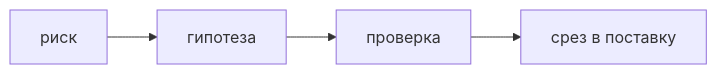
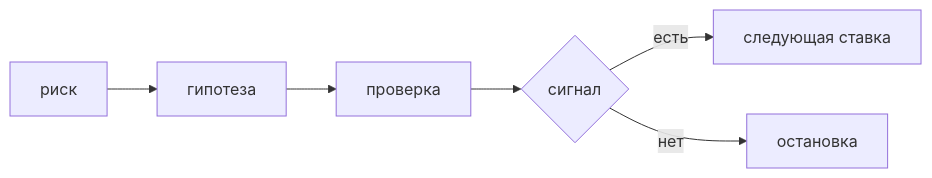
Before and after one commit to AlexanderNY/cursor_test: the diagram in nine-to-eighteen/ui/src/data/learn/product/pm13-discovery.md, drawn with Mermaid. The commit also changed other lines of this file and 40 other files, not shown here.

````diff
--- a/nine-to-eighteen/ui/src/data/learn/product/pm13-discovery.md
+++ b/nine-to-eighteen/ui/src/data/learn/product/pm13-discovery.md
@@ -52,6 +104,8 @@
 ```mermaid
 flowchart LR
   R[риск] --> H[гипотеза]
   H --> P[проверка]
-  P --> S[срез в поставку]
+  P --> D{сигнал}
+  D -->|есть| Next[следующая ставка]
+  D -->|нет| Stop[остановка]
 ```
````
